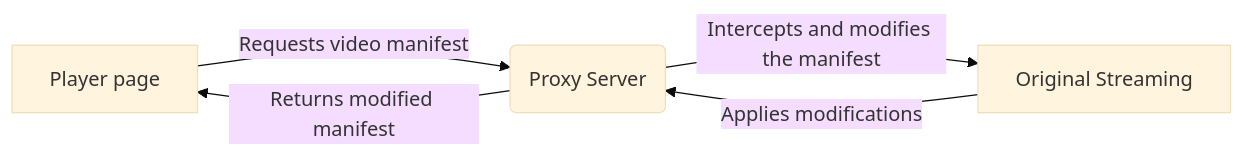
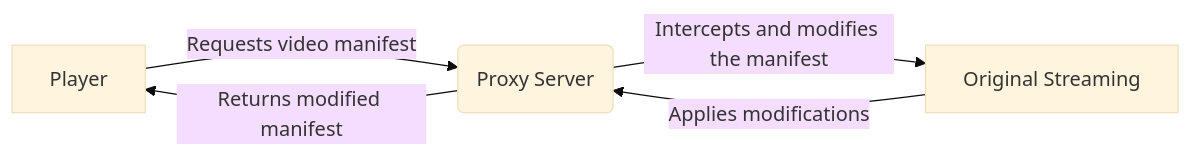
One commit to learn-video/manifest-manipulator changed the diagram in README.md. Above: the diagram before and after it, drawn with Mermaid (base theme).

Commit message:
docs: It is just player

````diff
--- a/README.md
+++ b/README.md
@@ -27,8 +27,8 @@
 ```mermaid
 graph LR
-  A[Player page] -->|Requests video manifest| B(Proxy Server);
+  A[Player] -->|Requests video manifest| B(Proxy Server);
   B -->|Intercepts and modifies the manifest| C[Original Streaming];
   C -->|Applies modifications| B;
   B -->|Returns modified manifest| A;
 
 ```
````
